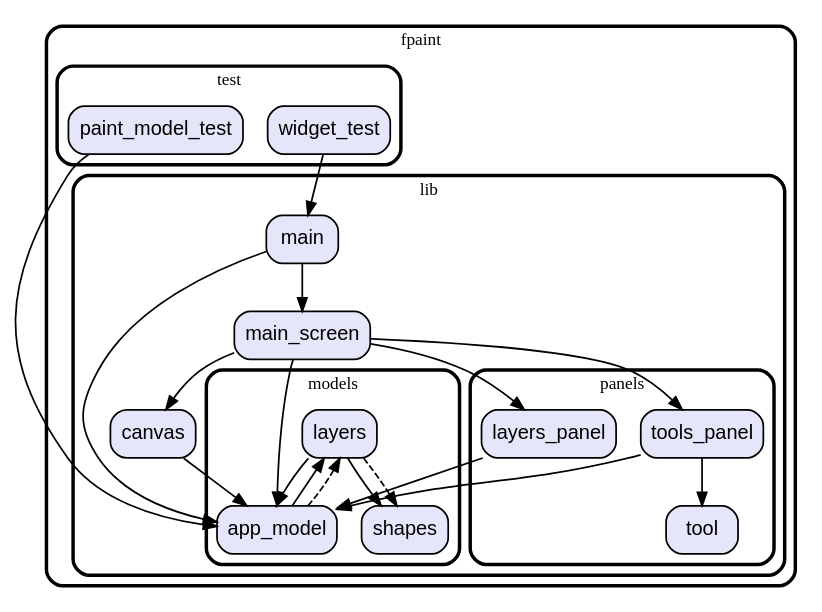
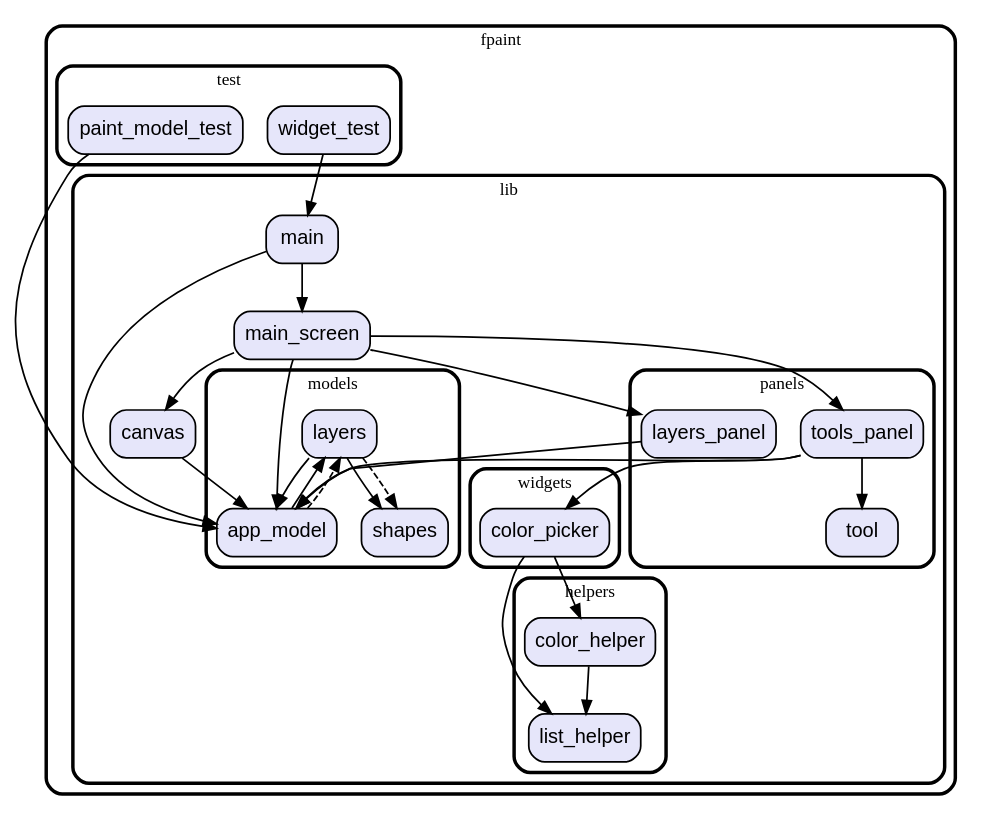
Before and after one commit to vteam-com/fPaint: the diagram in graph.dot, drawn with Graphviz. The commit also changed 7 other files, not shown here.

```diff
--- a/graph.dot
+++ b/graph.dot
@@ -1,59 +1,75 @@
 digraph "" {
   graph [style=rounded fontname="Arial Black" fontsize=13 penwidth=2.6];
   node [shape=rect style="filled,rounded" fontname=Arial fontsize=15 fillcolor=Lavender penwidth=1.3];
   edge [penwidth=1.3];
   "/test/paint_model_test.dart" [label="paint_model_test"];
   "/test/widget_test.dart" [label="widget_test"];
   "/lib/panels/tools_panel.dart" [label="tools_panel"];
   "/lib/panels/layers_panel.dart" [label="layers_panel"];
   "/lib/panels/tool.dart" [label="tool"];
   "/lib/models/layers.dart" [label="layers"];
   "/lib/models/shapes.dart" [label="shapes"];
   "/lib/models/app_model.dart" [label="app_model"];
   "/lib/main.dart" [label="main"];
   "/lib/canvas.dart" [label="canvas"];
   "/lib/main_screen.dart" [label="main_screen"];
+  "/lib/helpers/list_helper.dart" [label="list_helper"];
+  "/lib/helpers/color_helper.dart" [label="color_helper"];
+  "/lib/widgets/color_picker.dart" [label="color_picker"];
   subgraph "cluster~" {
     label="fpaint";
     subgraph "cluster~/test" {
       label="test";
       "/test/paint_model_test.dart";
       "/test/widget_test.dart";
     }
     subgraph "cluster~/lib" {
       label="lib";
       "/lib/main.dart";
       "/lib/canvas.dart";
       "/lib/main_screen.dart";
       subgraph "cluster~/lib/panels" {
         label="panels";
         "/lib/panels/tools_panel.dart";
         "/lib/panels/layers_panel.dart";
         "/lib/panels/tool.dart";
       }
       subgraph "cluster~/lib/models" {
         label="models";
         "/lib/models/layers.dart";
         "/lib/models/shapes.dart";
         "/lib/models/app_model.dart";
       }
+      subgraph "cluster~/lib/helpers" {
+        label="helpers";
+        "/lib/helpers/list_helper.dart";
+        "/lib/helpers/color_helper.dart";
+      }
+      subgraph "cluster~/lib/widgets" {
+        label="widgets";
+        "/lib/widgets/color_picker.dart";
+      }
     }
   }
   "/test/paint_model_test.dart" -> "/lib/models/app_model.dart";
   "/test/widget_test.dart" -> "/lib/main.dart";
   "/lib/panels/tools_panel.dart" -> "/lib/models/app_model.dart";
   "/lib/panels/tools_panel.dart" -> "/lib/panels/tool.dart";
+  "/lib/panels/tools_panel.dart" -> "/lib/widgets/color_picker.dart";
   "/lib/panels/layers_panel.dart" -> "/lib/models/app_model.dart";
   "/lib/models/layers.dart" -> "/lib/models/app_model.dart";
   "/lib/models/layers.dart" -> "/lib/models/shapes.dart";
   "/lib/models/layers.dart" -> "/lib/models/shapes.dart" [style=dashed];
   "/lib/models/app_model.dart" -> "/lib/models/layers.dart";
   "/lib/models/app_model.dart" -> "/lib/models/layers.dart" [style=dashed];
   "/lib/main.dart" -> "/lib/main_screen.dart";
   "/lib/main.dart" -> "/lib/models/app_model.dart";
   "/lib/canvas.dart" -> "/lib/models/app_model.dart";
   "/lib/main_screen.dart" -> "/lib/canvas.dart";
   "/lib/main_screen.dart" -> "/lib/panels/layers_panel.dart";
   "/lib/main_screen.dart" -> "/lib/panels/tools_panel.dart";
   "/lib/main_screen.dart" -> "/lib/models/app_model.dart";
+  "/lib/helpers/color_helper.dart" -> "/lib/helpers/list_helper.dart";
+  "/lib/widgets/color_picker.dart" -> "/lib/helpers/color_helper.dart";
+  "/lib/widgets/color_picker.dart" -> "/lib/helpers/list_helper.dart";
 }
```
